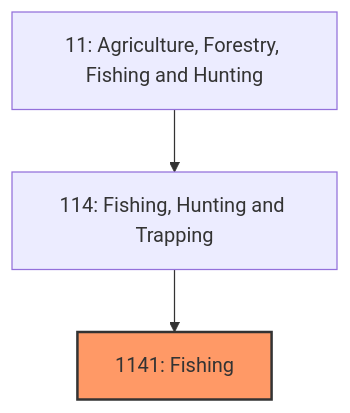
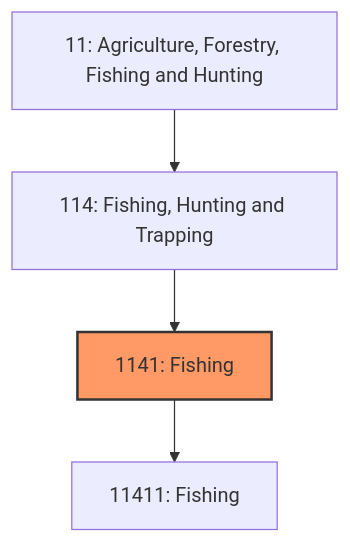
The first of 3 diagrams in industries/Agriculture/FishingHuntingAndTrapping/Fishing.mdx (kziemski/business.org.ai), drawn with Mermaid before and after one commit. The commit also changed other lines of this file and 67 other files, not shown here.

````diff
--- a/industries/Agriculture/FishingHuntingAndTrapping/Fishing.mdx
+++ b/industries/Agriculture/FishingHuntingAndTrapping/Fishing.mdx
@@ -20,7 +34,8 @@
 ```mermaid
 graph TD
     S11["11: Agriculture, Forestry, Fishing and Hunting"]
     S11 --> N114["114: Fishing, Hunting and Trapping"]
     N114 --> N1141["1141: Fishing"]
+    N1141 --> N11411["11411: Fishing"]
     style N1141 fill:#f96,stroke:#333,stroke-width:2px
 ```
````
